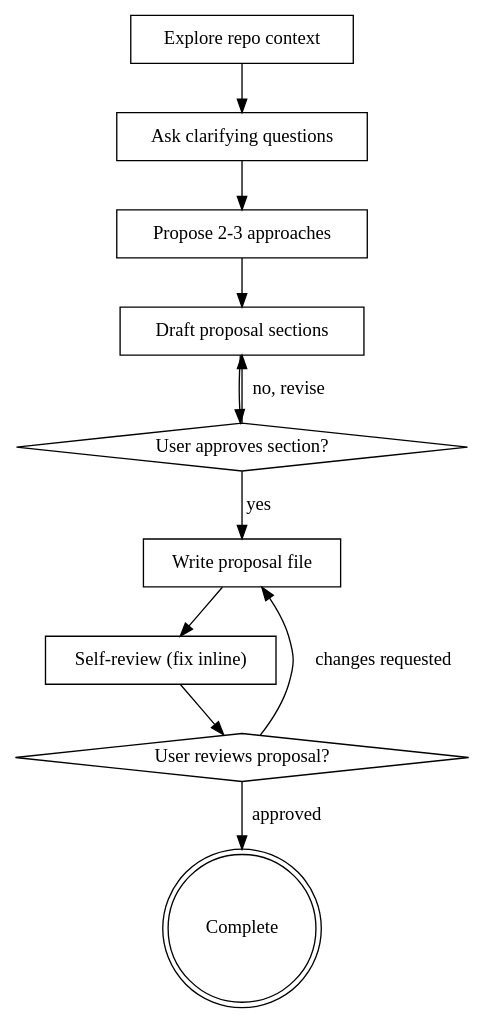
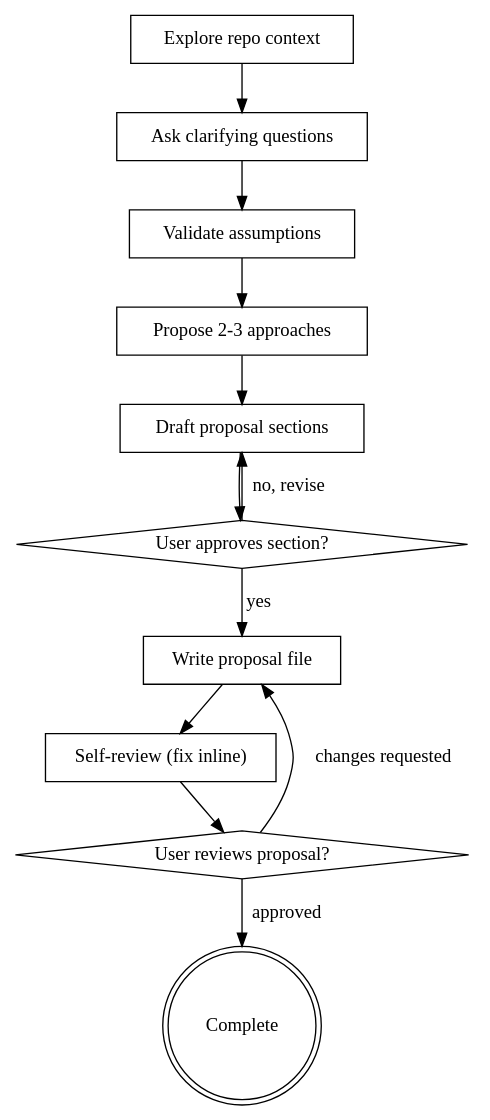
The diagram in .agents/skills/propose/SKILL.md (HumanBean17/jrag), drawn with Graphviz before and after one commit. The commit also changed other lines of this file and 1 other file, not shown here.

First line of the commit message:
propose: incremental graph rebuild with validate-assumptions skill step

````diff
--- a/.agents/skills/propose/SKILL.md
+++ b/.agents/skills/propose/SKILL.md
@@ -56,24 +57,26 @@
 ```dot
 digraph propose_flow {
     "Explore repo context" [shape=box];
     "Ask clarifying questions" [shape=box];
+    "Validate assumptions" [shape=box];
     "Propose 2-3 approaches" [shape=box];
     "Draft proposal sections" [shape=box];
     "User approves section?" [shape=diamond];
     "Write proposal file" [shape=box];
     "Self-review (fix inline)" [shape=box];
     "User reviews proposal?" [shape=diamond];
     "Complete" [shape=doublecircle];
 
     "Explore repo context" -> "Ask clarifying questions";
-    "Ask clarifying questions" -> "Propose 2-3 approaches";
+    "Ask clarifying questions" -> "Validate assumptions";
+    "Validate assumptions" -> "Propose 2-3 approaches";
     "Propose 2-3 approaches" -> "Draft proposal sections";
     "Draft proposal sections" -> "User approves section?";
     "User approves section?" -> "Draft proposal sections" [label="no, revise"];
     "User approves section?" -> "Write proposal file" [label="yes"];
     "Write proposal file" -> "Self-review (fix inline)";
     "Self-review (fix inline)" -> "User reviews proposal?";
     "User reviews proposal?" -> "Write proposal file" [label="changes requested"];
     "User reviews proposal?" -> "Complete" [label="approved"];
 }
 ```
````
